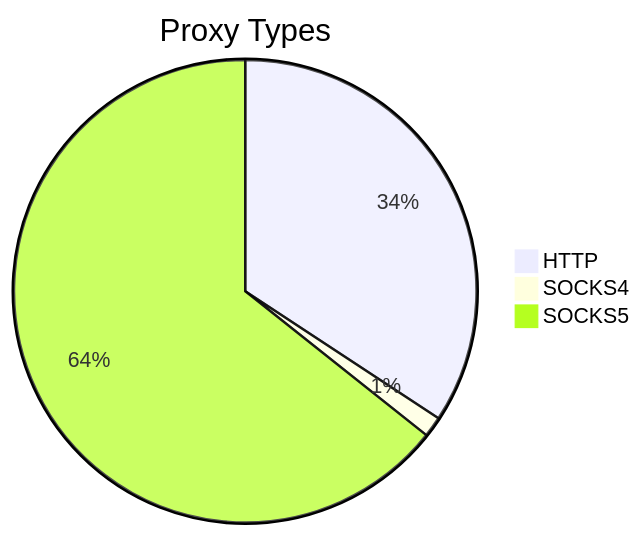
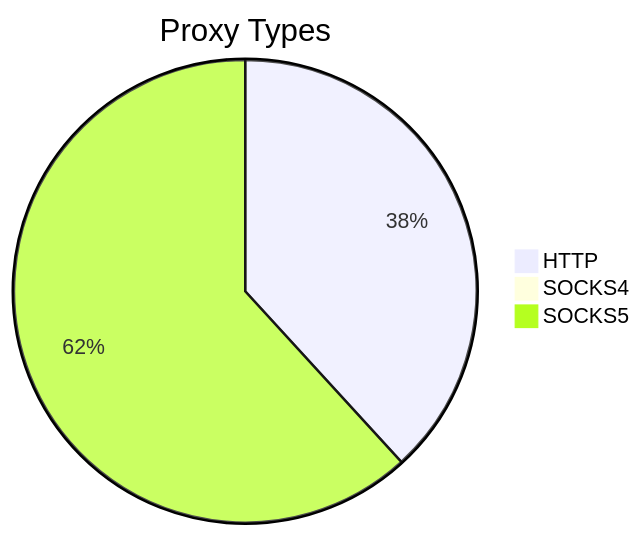
Before and after one commit to stormsia/proxy-list: the first of 2 diagrams in README.md, drawn with Mermaid. The commit also changed other lines of this file, not shown here.

````diff
--- a/README.md
+++ b/README.md
@@ -21,6 +21,6 @@
 ```mermaid
 pie title Proxy Types
-    "HTTP" : 2038
-    "SOCKS4" : 85
-    "SOCKS5" : 3826
+    "HTTP" : 1740
+    "SOCKS4" : 21
+    "SOCKS5" : 2814
 ```
````
